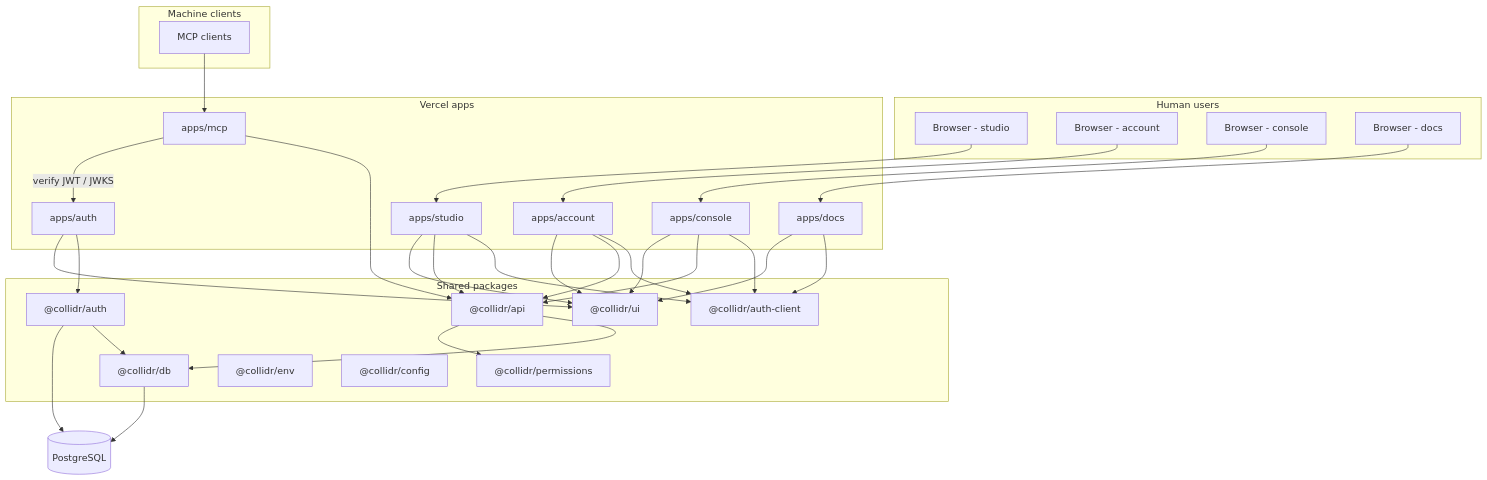
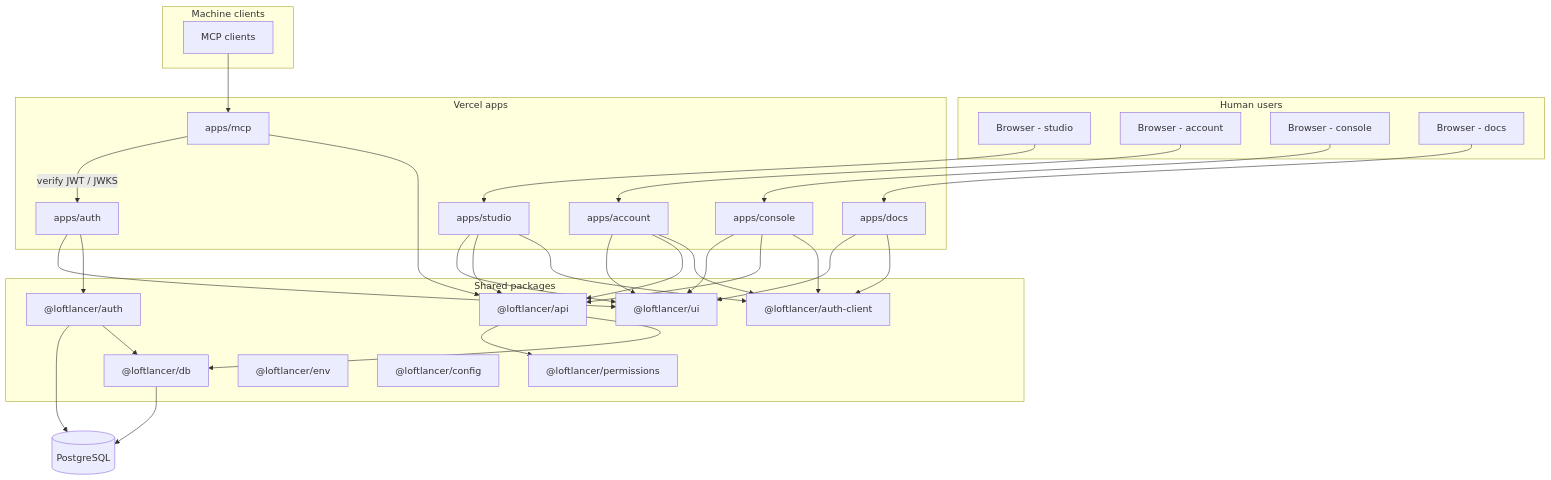
One commit to jayantrohila57/collidr changed the first of 3 diagrams in docs/PLAN_PLATFORM_APPS.md. Above: the diagram before and after it, drawn with Mermaid. The commit also changed other lines of this file and 1151 other files, not shown here.

First line of the commit message:
feat(brand): rebrand Collidr to Loftlancer (loftlancer.com)

````diff
--- a/docs/PLAN_PLATFORM_APPS.md
+++ b/docs/PLAN_PLATFORM_APPS.md
@@ -110,66 +110,66 @@
 ```mermaid
 flowchart TB
   subgraph users [Human users]
     U1[Browser - studio]
     U2[Browser - account]
     U3[Browser - console]
     U4[Browser - docs]
   end
 
   subgraph machines [Machine clients]
     MCP[MCP clients]
   end
 
   subgraph apps [Vercel apps]
     AUTH[apps/auth]
     ACCT[apps/account]
     STU[apps/studio]
     CON[apps/console]
     MCPAPP[apps/mcp]
     DOC[apps/docs]
   end
 
   subgraph pkgs [Shared packages]
-    AUTHPKG["@collidr/auth"]
-    AUTHCLI["@collidr/auth-client"]
-    UI["@collidr/ui"]
-    PERM["@collidr/permissions"]
-    API["@collidr/api"]
-    DB["@collidr/db"]
-    ENV["@collidr/env"]
-    CFG["@collidr/config"]
+    AUTHPKG["@loftlancer/auth"]
+    AUTHCLI["@loftlancer/auth-client"]
+    UI["@loftlancer/ui"]
+    PERM["@loftlancer/permissions"]
+    API["@loftlancer/api"]
+    DB["@loftlancer/db"]
+    ENV["@loftlancer/env"]
+    CFG["@loftlancer/config"]
   end
 
   PG[(PostgreSQL)]
 
   U1 --> STU
   U2 --> ACCT
   U3 --> CON
   U4 --> DOC
   MCP --> MCPAPP
 
   STU --> AUTHCLI
   ACCT --> AUTHCLI
   CON --> AUTHCLI
   DOC --> AUTHCLI
 
   AUTH --> AUTHPKG
   STU --> API
   ACCT --> API
   CON --> API
   MCPAPP --> API
 
   AUTHPKG --> DB
   API --> DB
   API --> PERM
   AUTHPKG --> PG
   DB --> PG
 
   STU --> UI
   ACCT --> UI
   CON --> UI
   DOC --> UI
   AUTH --> UI
 
   MCPAPP -->|verify JWT / JWKS| AUTH
 ```
````
